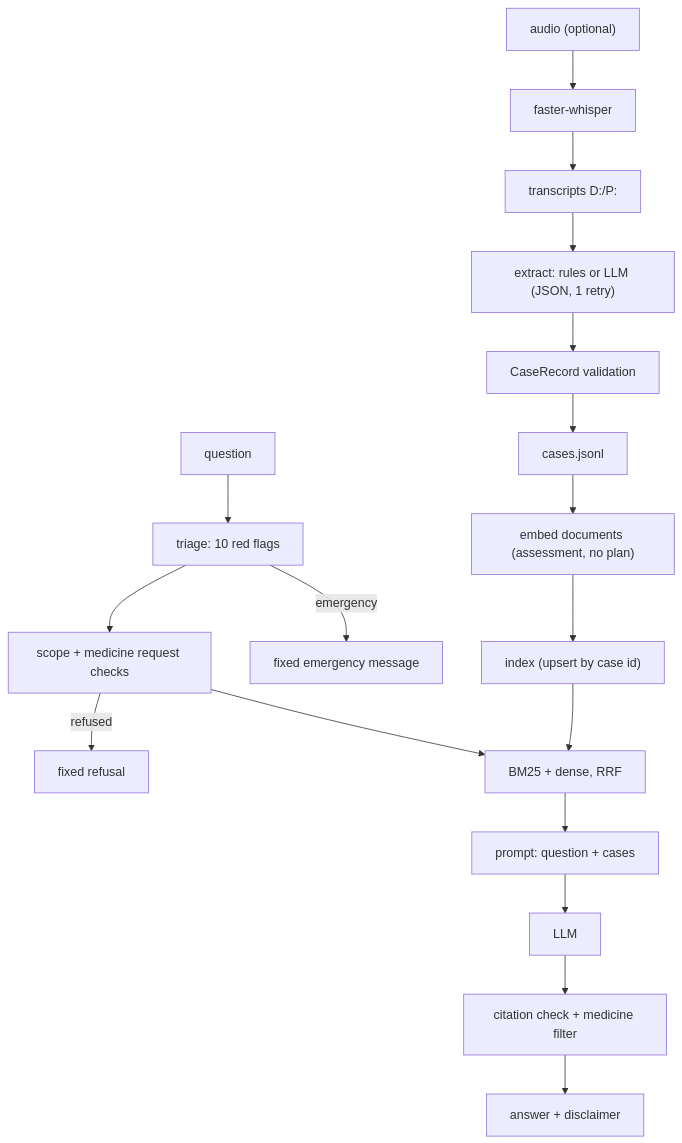
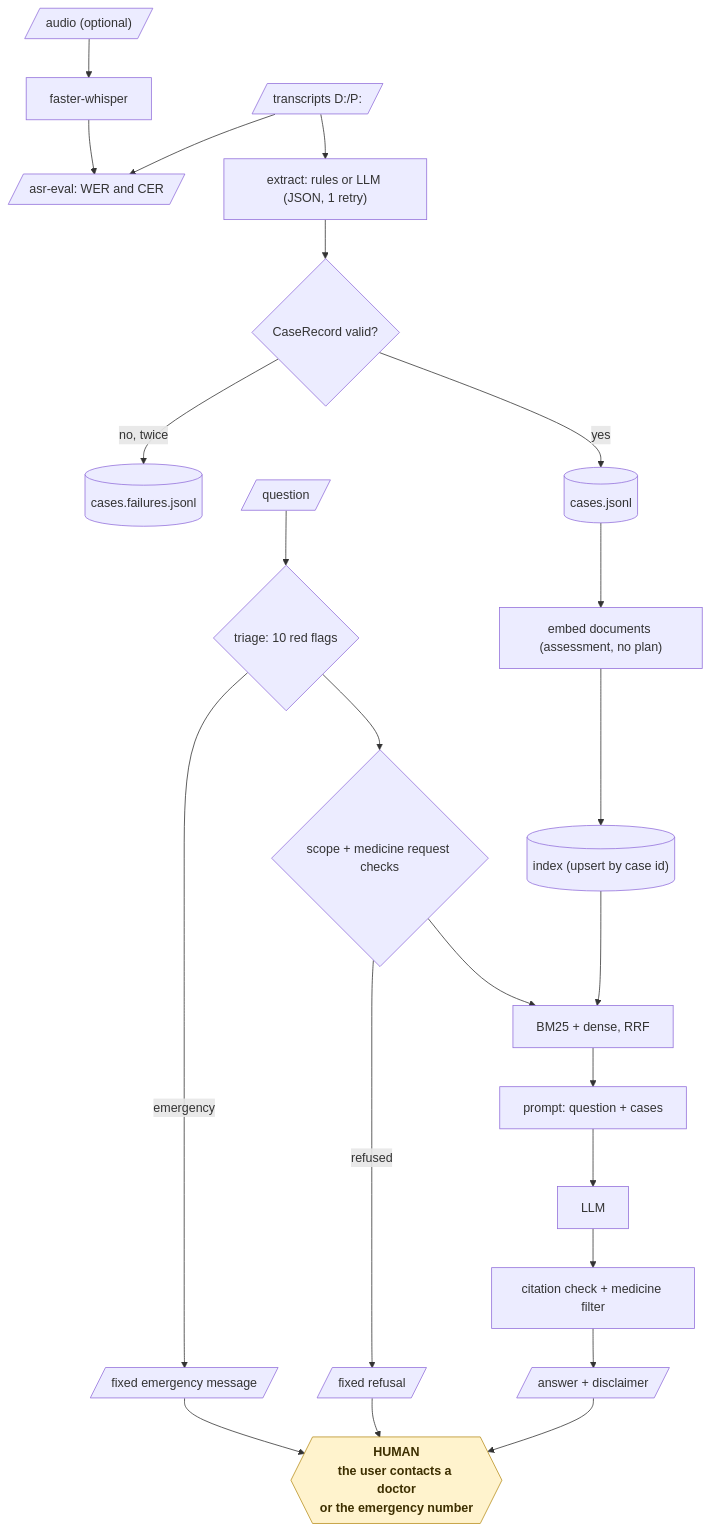
One commit to KrishnaAnnavaram/symptom-sage changed the fifth of 17 diagrams in README.md. Above: the diagram before and after it, drawn with Mermaid. The commit also changed other lines of this file, not shown here.

Commit message:
Add the workflow diagrams to the README

````diff
--- a/README.md
+++ b/README.md
@@ -212,19 +279,27 @@
 ```mermaid
-flowchart TB
-    A["audio (optional)"] --> W["faster-whisper"] --> T["transcripts D:/P:"]
+flowchart TD
+    A[/"audio (optional)"/] --> W["faster-whisper"] --> WER[/"asr-eval: WER and CER"/]
+    T[/"transcripts D:/P:"/] --> WER
     T --> X["extract: rules or LLM (JSON, 1 retry)"]
-    X --> V["CaseRecord validation"]
-    V --> C["cases.jsonl"]
+    X --> V{"CaseRecord valid?"}
+    V -- "no, twice" --> FL[("cases.failures.jsonl")]
+    V -- "yes" --> C[("cases.jsonl")]
     C --> E["embed documents (assessment, no plan)"]
-    E --> I["index (upsert by case id)"]
-    Q["question"] --> TR["triage: 10 red flags"]
-    TR -->|"emergency"| EM["fixed emergency message"]
-    TR --> SC["scope + medicine request checks"]
-    SC -->|"refused"| RF["fixed refusal"]
+    E --> I[("index (upsert by case id)")]
+    Q[/"question"/] --> TR{"triage: 10 red flags"}
+    TR -->|"emergency"| EM[/"fixed emergency message"/]
+    TR --> SC{"scope + medicine request checks"}
+    SC -->|"refused"| RF[/"fixed refusal"/]
     SC --> R["BM25 + dense, RRF"]
     I --> R
     R --> P["prompt: question + cases"]
     P --> L["LLM"]
     L --> K["citation check + medicine filter"]
-    K --> OUT["answer + disclaimer"]
+    K --> OUT[/"answer + disclaimer"/]
+    EM --> HUMAN{{"HUMAN<br/>the user contacts a doctor<br/>or the emergency number"}}
+    RF --> HUMAN
+    OUT --> HUMAN
+
+    classDef human fill:#fff3cd,stroke:#b8901f,color:#3d2f00,font-weight:bold
+    class HUMAN human
 ```
````
